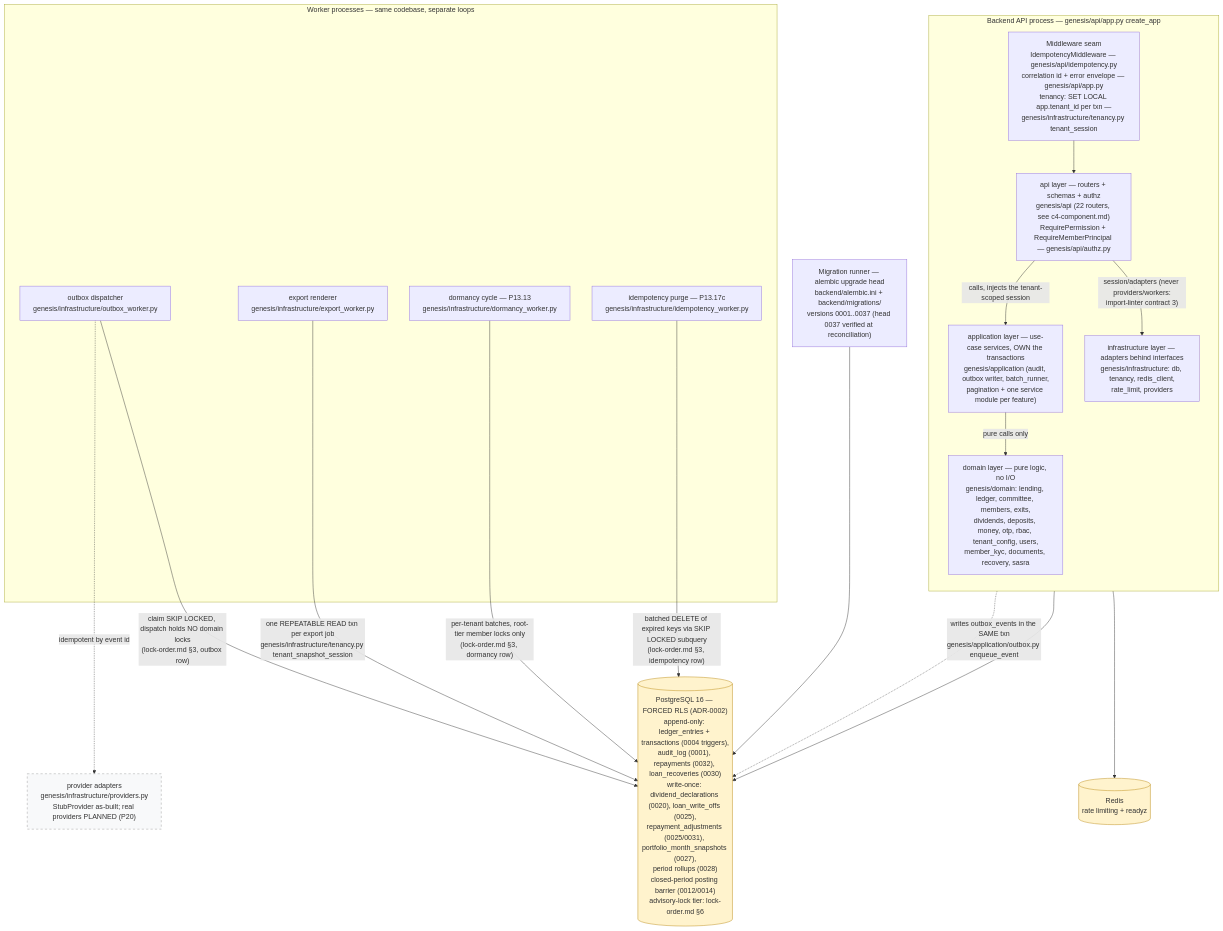
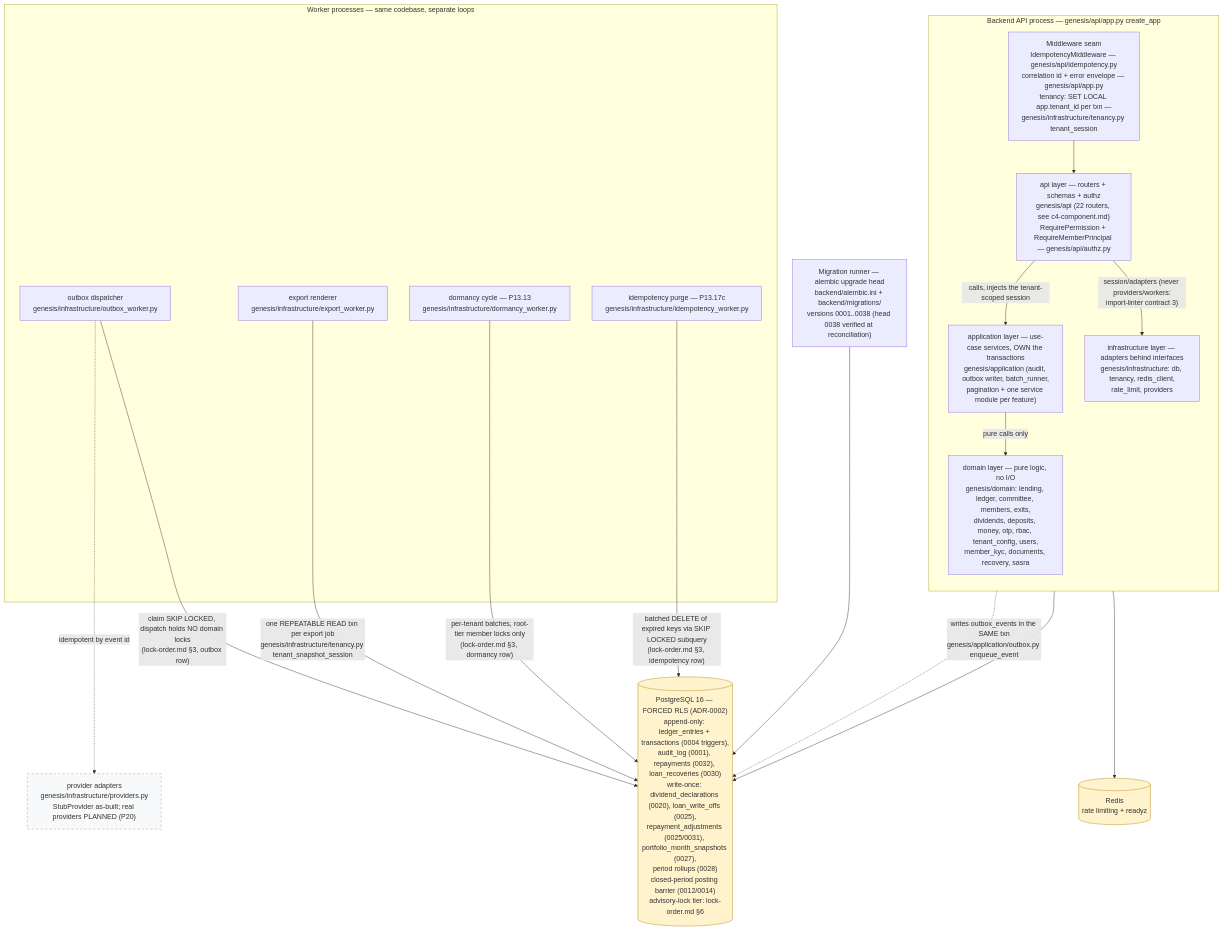
One commit to Benson-Kim/genesis-sacco changed the diagram in docs/diagrams/c4-container.md. Above: the diagram before and after it, drawn with Mermaid. The commit also changed other lines of this file and 7 other files, not shown here.

````diff
--- a/docs/diagrams/c4-container.md
+++ b/docs/diagrams/c4-container.md
@@ -35,45 +39,45 @@
 ```mermaid
 flowchart TB
     %% Authored against main @ 08541b860f1445b16c342c39b6606d86b9dbeb17
     %% L2 containers — layering per backend/pyproject.toml [tool.importlinter].
 
     subgraph BE["Backend API process — genesis/api/app.py create_app"]
         direction TB
         MW["Middleware seam<br/>IdempotencyMiddleware — genesis/api/idempotency.py<br/>correlation id + error envelope — genesis/api/app.py<br/>tenancy: SET LOCAL app.tenant_id per txn —<br/>genesis/infrastructure/tenancy.py tenant_session"]
         APIL["api layer — routers + schemas + authz<br/>genesis/api (22 routers, see c4-component.md)<br/>RequirePermission + RequireMemberPrincipal — genesis/api/authz.py"]
         APPL["application layer — use-case services, OWN the transactions<br/>genesis/application (audit, outbox writer, batch_runner,<br/>pagination + one service module per feature)"]
         DOM["domain layer — pure logic, no I/O<br/>genesis/domain: lending, ledger, committee, members, exits,<br/>dividends, deposits, money, otp, rbac, tenant_config, users,<br/>member_kyc, documents, recovery, sasra"]
         INF["infrastructure layer — adapters behind interfaces<br/>genesis/infrastructure: db, tenancy, redis_client,<br/>rate_limit, providers"]
         MW --> APIL
         APIL -->|"calls, injects the tenant-scoped session"| APPL
         APPL -->|"pure calls only"| DOM
         APIL -->|"session/adapters (never providers/workers:<br/>import-linter contract 3)"| INF
     end
 
     subgraph WK["Worker processes — same codebase, separate loops"]
         OBW["outbox dispatcher<br/>genesis/infrastructure/outbox_worker.py"]
         EXW["export renderer<br/>genesis/infrastructure/export_worker.py"]
         DMW["dormancy cycle — P13.13<br/>genesis/infrastructure/dormancy_worker.py"]
         IDW["idempotency purge — P13.17c<br/>genesis/infrastructure/idempotency_worker.py"]
     end
 
-    MIG["Migration runner — alembic upgrade head<br/>backend/alembic.ini + backend/migrations/<br/>versions 0001..0037 (head 0037 verified at reconciliation)"]
+    MIG["Migration runner — alembic upgrade head<br/>backend/alembic.ini + backend/migrations/<br/>versions 0001..0038 (head 0038 verified at reconciliation)"]
 
     PG[("PostgreSQL 16 — FORCED RLS (ADR-0002)<br/>append-only: ledger_entries + transactions (0004 triggers),<br/>audit_log (0001), repayments (0032), loan_recoveries (0030)<br/>write-once: dividend_declarations (0020), loan_write_offs (0025),<br/>repayment_adjustments (0025/0031), portfolio_month_snapshots (0027),<br/>period rollups (0028)<br/>closed-period posting barrier (0012/0014)<br/>advisory-lock tier: lock-order.md §6")]
     RD[("Redis<br/>rate limiting + readyz")]
 
     APPL -.->|"writes outbox_events in the SAME txn<br/>genesis/application/outbox.py enqueue_event"| PG
     INF --> PG
     INF --> RD
     OBW -->|"claim SKIP LOCKED, dispatch holds NO domain locks<br/>(lock-order.md §3, outbox row)"| PG
     EXW -->|"one REPEATABLE READ txn per export job<br/>genesis/infrastructure/tenancy.py tenant_snapshot_session"| PG
     DMW -->|"per-tenant batches, root-tier member locks only<br/>(lock-order.md §3, dormancy row)"| PG
     IDW -->|"batched DELETE of expired keys via SKIP LOCKED subquery<br/>(lock-order.md §3, idempotency row)"| PG
     OBW -.->|"idempotent by event id"| PROV["provider adapters<br/>genesis/infrastructure/providers.py<br/>StubProvider as-built; real providers PLANNED (P20)"]
     MIG --> PG
 
     classDef store fill:#fff3cd,stroke:#b8860b;
     class PG,RD store;
     classDef planned fill:#f8f9fa,stroke:#999,stroke-dasharray: 5 5;
     class PROV planned;
 ```
````
